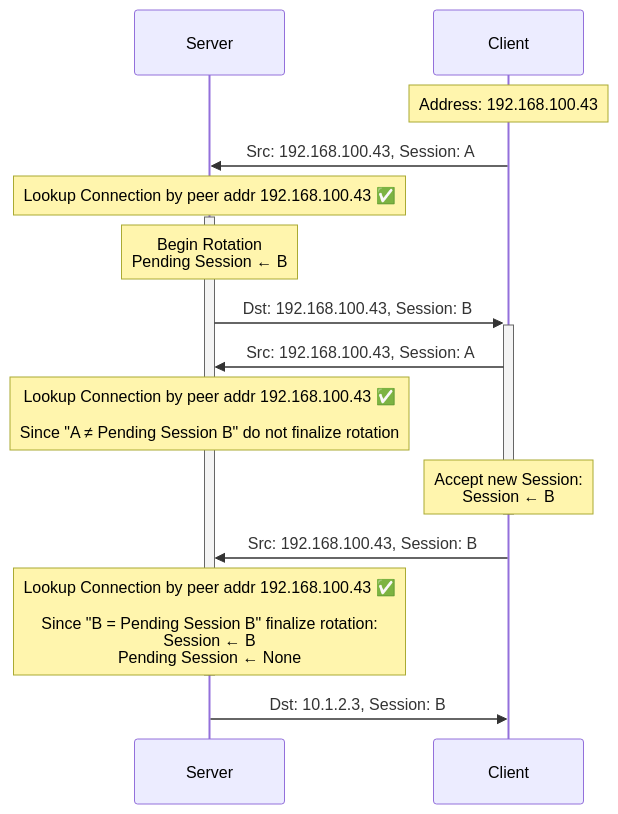
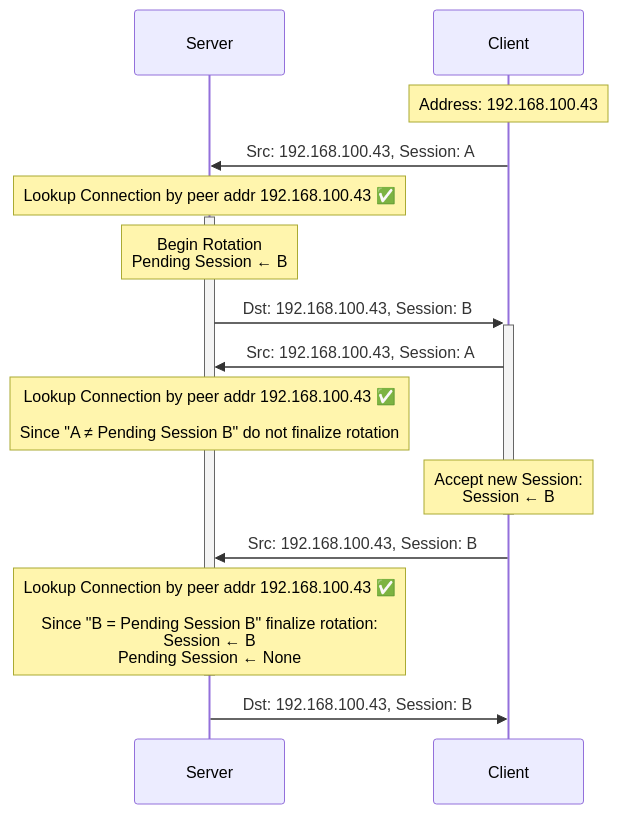
One commit to kp-samuel-tam/lightway changed the fourth of 5 diagrams in docs/udp_session_id.md. Above: the diagram before and after it, drawn with Mermaid. The commit also changed 3 other files, not shown here.

````diff
--- a/docs/udp_session_id.md
+++ b/docs/udp_session_id.md
@@ -94,20 +94,20 @@
 ```mermaid
 sequenceDiagram
     participant Server
     participant Client
 
     Note over Client: Address: 192.168.100.43
     Client->>Server: Src: 192.168.100.43, Session: A
     Note over Server: Lookup Connection by peer addr 192.168.100.43 ✅
     activate Server
     note over Server: Begin Rotation<br/>Pending Session ← B
     Server->>+Client: Dst: 192.168.100.43, Session: B
     Client->>Server: Src: 192.168.100.43, Session: A
     Note over Server: Lookup Connection by peer addr 192.168.100.43 ✅<br/><br/>Since "A ≠ Pending Session B" do not finalize rotation
     Note over Client: Accept new Session:<br/>Session ← B
     deactivate Client
     Client->>Server: Src: 192.168.100.43, Session: B
     Note over Server: Lookup Connection by peer addr 192.168.100.43 ✅<br/><br/>Since "B = Pending Session B" finalize rotation:<br/>Session ← B<br/>Pending Session ← None
     deactivate Server
-    Server->>Client: Dst: 10.1.2.3, Session: B
+    Server->>Client: Dst: 192.168.100.43, Session: B
 ```
````
